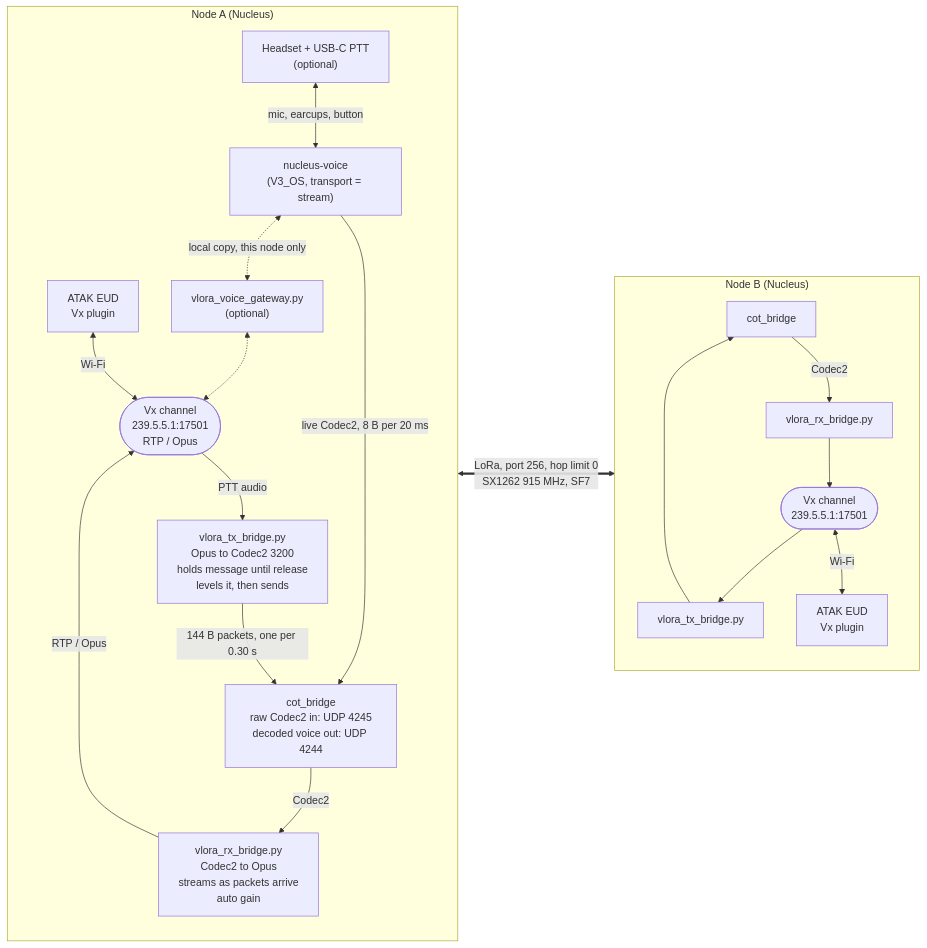
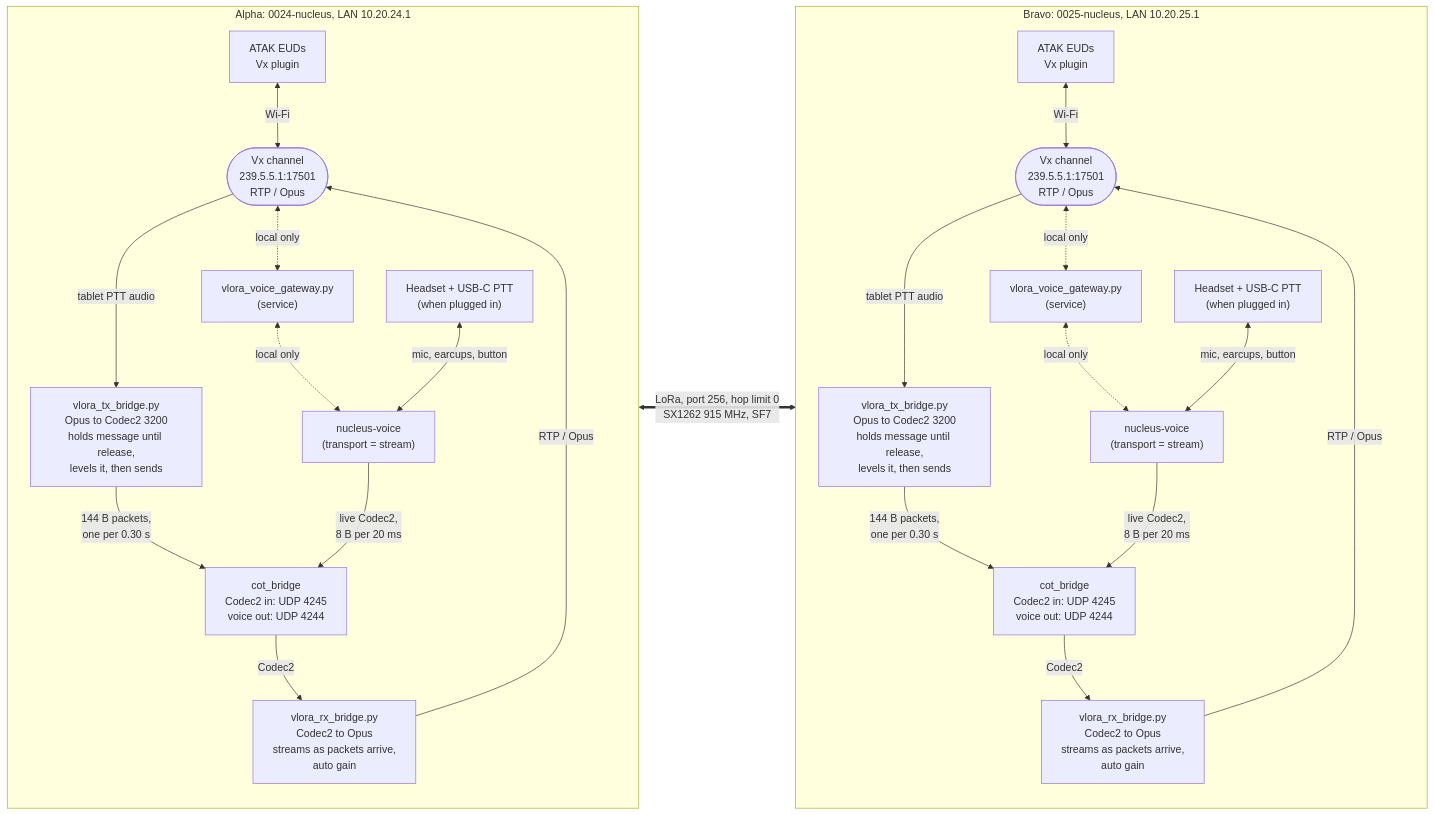
One commit to SomeGuy-dev/VoiceOverLoRa changed the diagram in README.md. Above: the diagram before and after it, drawn with Mermaid. The commit also changed other lines of this file, not shown here.

Commit message:
Add files via upload
Updated README with architecture changes.

````diff
--- a/README.md
+++ b/README.md
@@ -36,39 +36,46 @@
 ```mermaid
 flowchart LR
-    subgraph A["Node A (Nucleus)"]
+    subgraph A["Alpha: 0024-nucleus, LAN 10.20.24.1"]
         direction TB
-        EUDA["ATAK EUD<br/>Vx plugin"]
+        EUDA["ATAK EUDs<br/>Vx plugin"]
         VXA(["Vx channel<br/>239.5.5.1:17501<br/>RTP / Opus"])
-        TXA["vlora_tx_bridge.py<br/>Opus to Codec2 3200<br/>holds message until release<br/>levels it, then sends"]
-        RXA["vlora_rx_bridge.py<br/>Codec2 to Opus<br/>streams as packets arrive<br/>auto gain"]
-        COTA["cot_bridge<br/>raw Codec2 in: UDP 4245<br/>decoded voice out: UDP 4244"]
-        HS["Headset + USB-C PTT<br/>(optional)"]
-        NV["nucleus-voice<br/>(V3_OS, transport = stream)"]
-        GW["vlora_voice_gateway.py<br/>(optional)"]
+        TXA["vlora_tx_bridge.py<br/>Opus to Codec2 3200<br/>holds message until release,<br/>levels it, then sends"]
+        RXA["vlora_rx_bridge.py<br/>Codec2 to Opus<br/>streams as packets arrive,<br/>auto gain"]
+        GWA["vlora_voice_gateway.py<br/>(service)"]
+        NVA["nucleus-voice<br/>(transport = stream)"]
+        HSA["Headset + USB-C PTT<br/>(when plugged in)"]
+        COTA["cot_bridge<br/>Codec2 in: UDP 4245<br/>voice out: UDP 4244"]
         EUDA <-->|Wi-Fi| VXA
-        VXA -->|PTT audio| TXA
-        TXA -->|"144 B packets, one per 0.30 s"| COTA
+        VXA -->|tablet PTT audio| TXA
+        TXA -->|"144 B packets,<br/>one per 0.30 s"| COTA
         COTA -->|Codec2| RXA
         RXA -->|RTP / Opus| VXA
-        HS <-->|"mic, earcups, button"| NV
-        NV -->|"live Codec2, 8 B per 20 ms"| COTA
-        NV <-.->|"local copy, this node only"| GW
-        GW <-.-> VXA
+        VXA <-.->|"local only"| GWA
+        GWA <-.->|"local only"| NVA
+        HSA <-->|"mic, earcups, button"| NVA
+        NVA -->|"live Codec2,<br/>8 B per 20 ms"| COTA
     end
 
-    subgraph B["Node B (Nucleus)"]
+    subgraph B["Bravo: 0025-nucleus, LAN 10.20.25.1"]
         direction TB
-        COTB["cot_bridge"]
-        RXB["vlora_rx_bridge.py"]
-        TXB["vlora_tx_bridge.py"]
-        VXB(["Vx channel<br/>239.5.5.1:17501"])
-        EUDB["ATAK EUD<br/>Vx plugin"]
+        EUDB["ATAK EUDs<br/>Vx plugin"]
+        VXB(["Vx channel<br/>239.5.5.1:17501<br/>RTP / Opus"])
+        TXB["vlora_tx_bridge.py<br/>Opus to Codec2 3200<br/>holds message until release,<br/>levels it, then sends"]
+        RXB["vlora_rx_bridge.py<br/>Codec2 to Opus<br/>streams as packets arrive,<br/>auto gain"]
+        GWB["vlora_voice_gateway.py<br/>(service)"]
+        NVB["nucleus-voice<br/>(transport = stream)"]
+        HSB["Headset + USB-C PTT<br/>(when plugged in)"]
+        COTB["cot_bridge<br/>Codec2 in: UDP 4245<br/>voice out: UDP 4244"]
+        EUDB <-->|Wi-Fi| VXB
+        VXB -->|tablet PTT audio| TXB
+        TXB -->|"144 B packets,<br/>one per 0.30 s"| COTB
         COTB -->|Codec2| RXB
-        RXB --> VXB
-        VXB --> TXB
-        TXB --> COTB
-        VXB <-->|Wi-Fi| EUDB
+        RXB -->|RTP / Opus| VXB
+        VXB <-.->|"local only"| GWB
+        GWB <-.->|"local only"| NVB
+        HSB <-->|"mic, earcups, button"| NVB
+        NVB -->|"live Codec2,<br/>8 B per 20 ms"| COTB
     end
 
     COTA <==>|"LoRa, port 256, hop limit 0<br/>SX1262 915 MHz, SF7"| COTB
 ```
````
